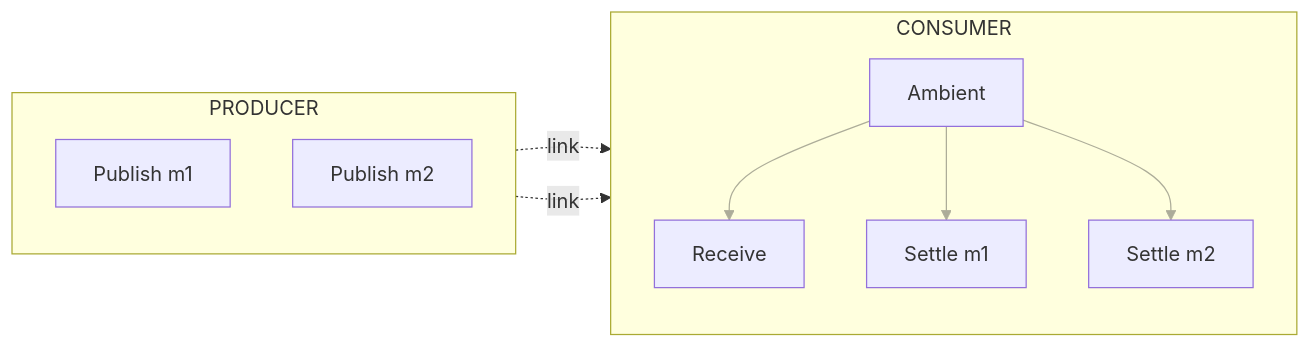
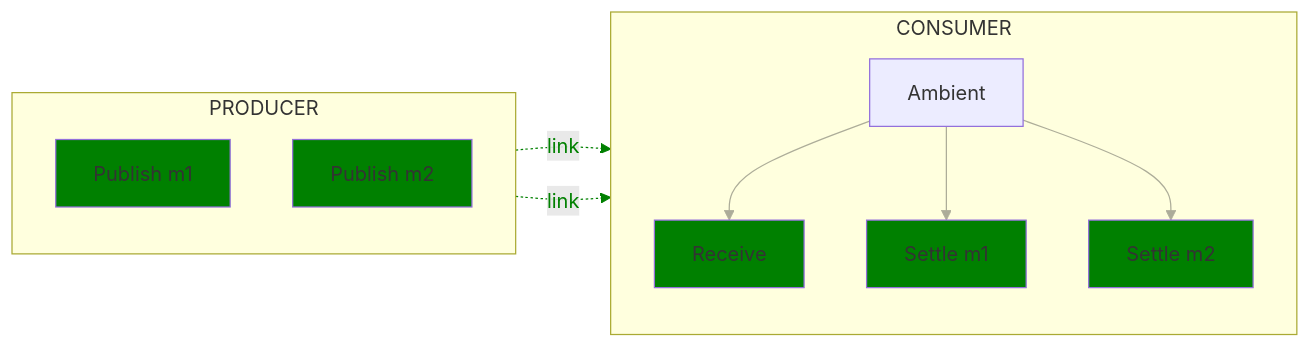
Before and after one commit to open-telemetry/oteps: diagram 12 of 13 in text/trace/0220-messaging-semantic-conventions-span-structure.md, drawn with Mermaid. The commit also changed other lines of this file, not shown here.

Commit message:
Fix mermaid colors

````diff
--- a/text/trace/0220-messaging-semantic-conventions-span-structure.md
+++ b/text/trace/0220-messaging-semantic-conventions-span-structure.md
@@ -495,20 +531,23 @@
 ```mermaid
 flowchart LR;
   subgraph PRODUCER
   direction TB
   PM1[Publish m1]
   PM2[Publish m2]
   end
   subgraph CONSUMER
   direction TB
   A[Ambient]-->R[Receive]
   A-->SM1[Settle m1]
   A-->SM2[Settle m2]
   end
   PM1-. link .->R;
   PM2-. link .->R;
 
+  classDef normal fill:green
+  class PM1,PM2,SM1,SM2,R normal
   classDef additional opacity:0.4
   class additional A
   linkStyle 0,1,2 opacity:0.4
+  linkStyle 3,4 color:green,stroke:green
 ```
````
